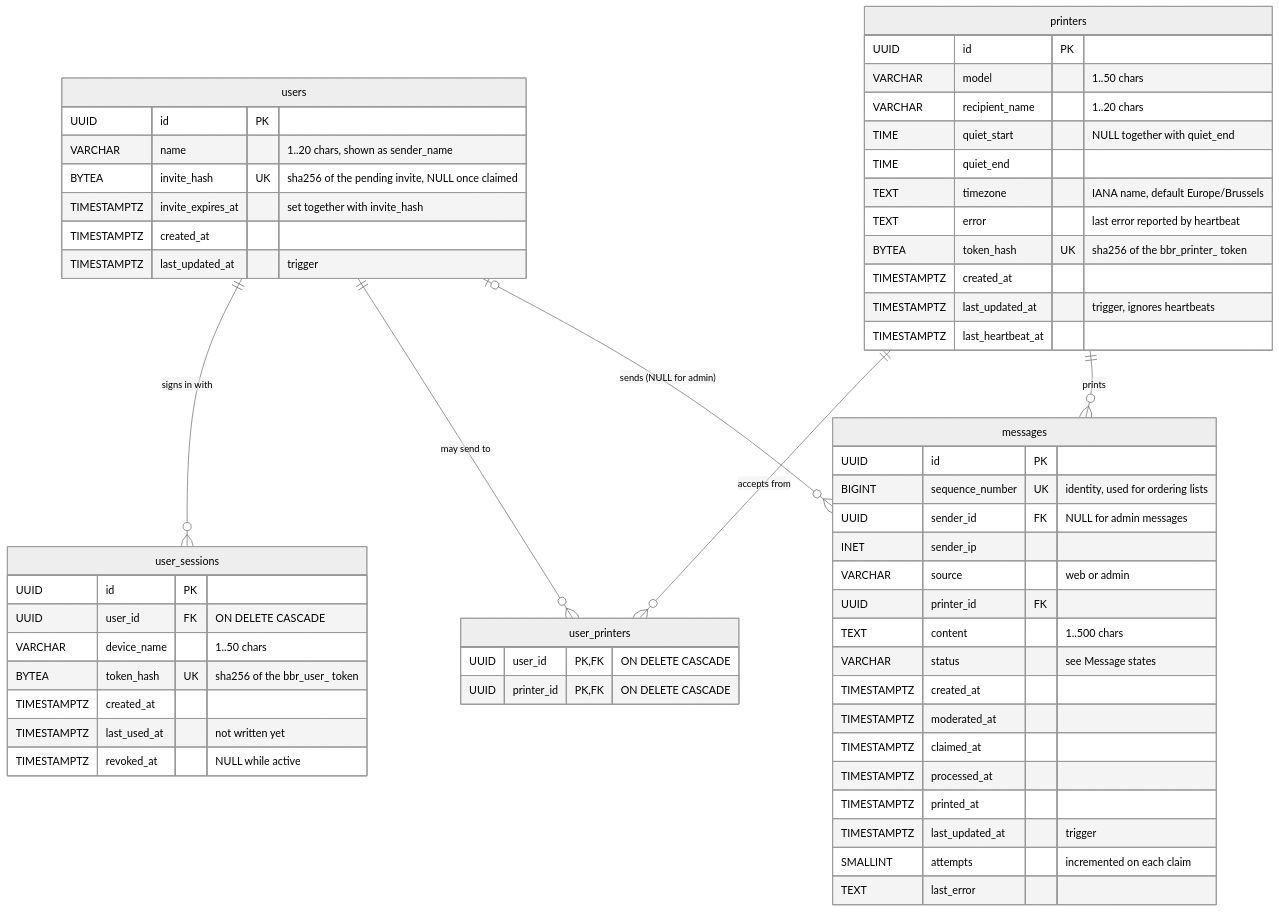
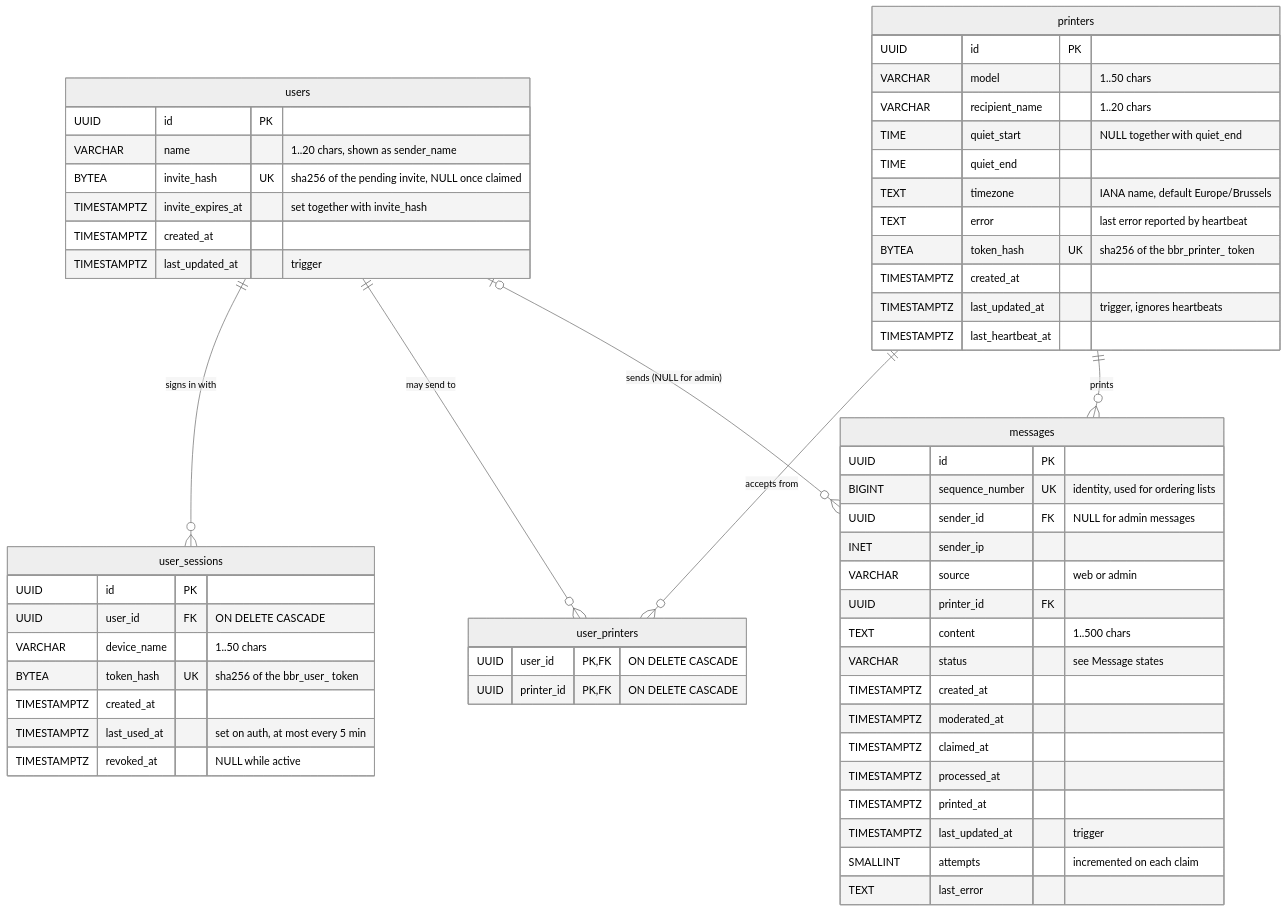
Before and after one commit to DamDRAIME/burn-before-reading: the first of 3 diagrams in server/README.md, drawn with Mermaid (neutral theme). The commit also changed other lines of this file and 3 other files, not shown here.

Commit message:
Fix.: Updating `last_used_at` for `user_sessions`

````diff
--- a/server/README.md
+++ b/server/README.md
@@ -46,61 +46,61 @@
 ```mermaid
 erDiagram
     users ||--o{ user_sessions : "signs in with"
     users ||--o{ user_printers : "may send to"
     printers ||--o{ user_printers : "accepts from"
     printers ||--o{ messages : "prints"
     users |o--o{ messages : "sends (NULL for admin)"
 
     users {
         UUID id PK
         VARCHAR name "1..20 chars, shown as sender_name"
         BYTEA invite_hash UK "sha256 of the pending invite, NULL once claimed"
         TIMESTAMPTZ invite_expires_at "set together with invite_hash"
         TIMESTAMPTZ created_at
         TIMESTAMPTZ last_updated_at "trigger"
     }
     user_sessions {
         UUID id PK
         UUID user_id FK "ON DELETE CASCADE"
         VARCHAR device_name "1..50 chars"
         BYTEA token_hash UK "sha256 of the bbr_user_ token"
         TIMESTAMPTZ created_at
-        TIMESTAMPTZ last_used_at "not written yet"
+        TIMESTAMPTZ last_used_at "set on auth, at most every 5 min"
         TIMESTAMPTZ revoked_at "NULL while active"
     }
     user_printers {
         UUID user_id PK, FK "ON DELETE CASCADE"
         UUID printer_id PK, FK "ON DELETE CASCADE"
     }
     printers {
         UUID id PK
         VARCHAR model "1..50 chars"
         VARCHAR recipient_name "1..20 chars"
         TIME quiet_start "NULL together with quiet_end"
         TIME quiet_end
         TEXT timezone "IANA name, default Europe/Brussels"
         TEXT error "last error reported by heartbeat"
         BYTEA token_hash UK "sha256 of the bbr_printer_ token"
         TIMESTAMPTZ created_at
         TIMESTAMPTZ last_updated_at "trigger, ignores heartbeats"
         TIMESTAMPTZ last_heartbeat_at
     }
     messages {
         UUID id PK
         BIGINT sequence_number UK "identity, used for ordering lists"
         UUID sender_id FK "NULL for admin messages"
         INET sender_ip
         VARCHAR source "web or admin"
         UUID printer_id FK
         TEXT content "1..500 chars"
         VARCHAR status "see Message states"
         TIMESTAMPTZ created_at
         TIMESTAMPTZ moderated_at
         TIMESTAMPTZ claimed_at
         TIMESTAMPTZ processed_at
         TIMESTAMPTZ printed_at
         TIMESTAMPTZ last_updated_at "trigger"
         SMALLINT attempts "incremented on each claim"
         TEXT last_error
     }
 ```
````
